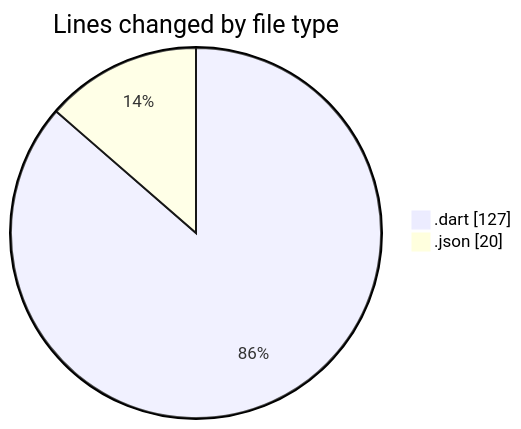
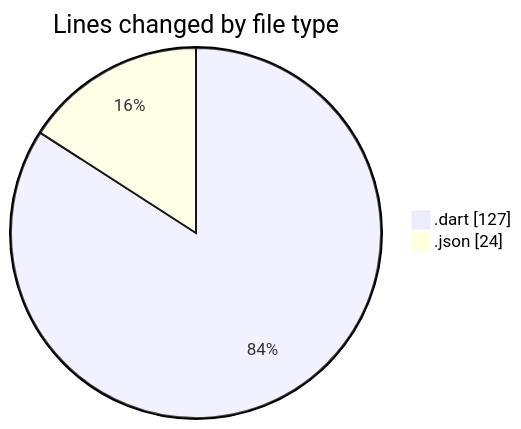
One commit to lephambinh05/code-tracking changed the first of 2 diagrams in 2025-08-04/studybuddy/README.md. Above: the diagram before and after it, drawn with Mermaid. The commit also changed other lines of this file and 1 other file, not shown here.

````diff
--- a/2025-08-04/studybuddy/README.md
+++ b/2025-08-04/studybuddy/README.md
@@ -23,6 +24,6 @@
 ```mermaid
 pie showData
 title Lines changed by file type
 ".dart" : 127
-".json" : 20
+".json" : 24
 ```
````
